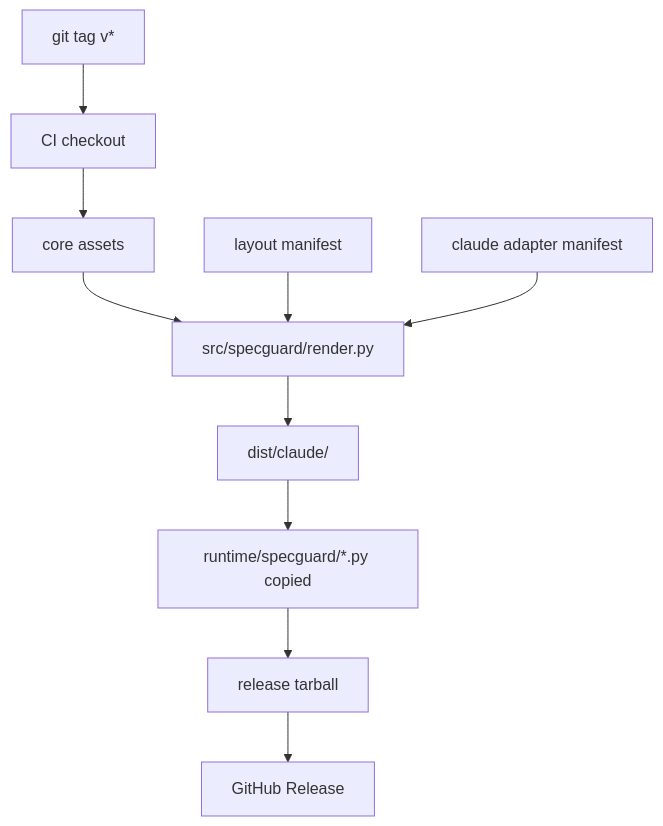
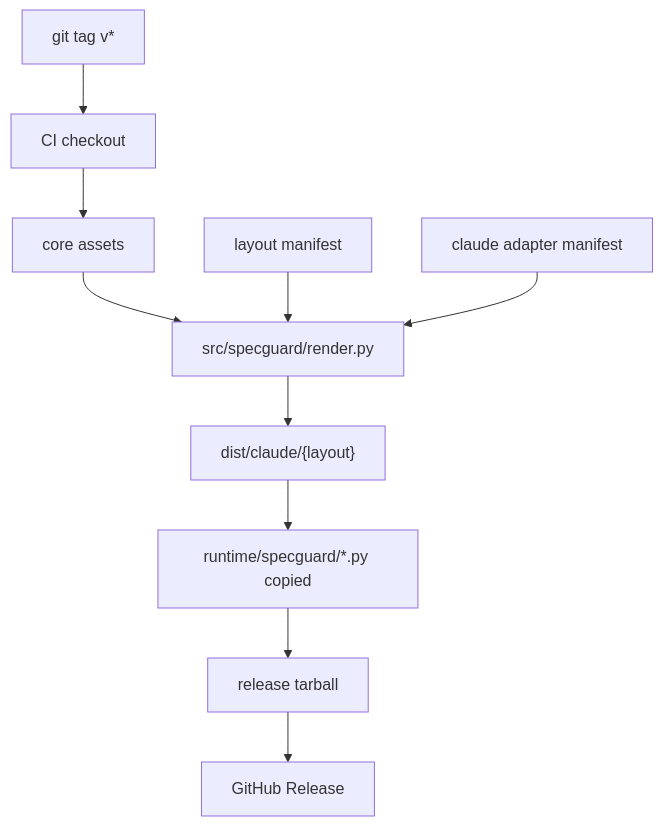
One commit to saberhaha/specguard changed the first of 3 diagrams in docs/specguard/design.md. Above: the diagram before and after it, drawn with Mermaid. The commit also changed other lines of this file, not shown here.

Commit message:
fix(design): fix mermaid lexer errors in three flowcharts
- Quote node labels containing '/' (slash commands) to avoid
  mermaid parsing them as parallelogram syntax
- Replace <layout> with {layout} in build/release diagram
  ('<>' triggers lexer error in mermaid)
- Quote labels with dots/brackets for safety

````diff
--- a/docs/specguard/design.md
+++ b/docs/specguard/design.md
@@ -26,12 +26,12 @@
 ```mermaid
 flowchart TD
-  T[git tag v*] --> CI[CI checkout]
+  T["git tag v*"] --> CI[CI checkout]
   CI --> A[core assets]
-  A --> RP[src/specguard/render.py]
+  A --> RP["src/specguard/render.py"]
   L[layout manifest] --> RP
   C[claude adapter manifest] --> RP
-  RP --> RD[dist/claude/<layout>]
-  RD --> M[runtime/specguard/*.py copied]
+  RP --> RD["dist/claude/{layout}"]
+  RD --> M["runtime/specguard/*.py copied"]
   M --> TB[release tarball]
   TB --> GR[GitHub Release]
 ```
````
